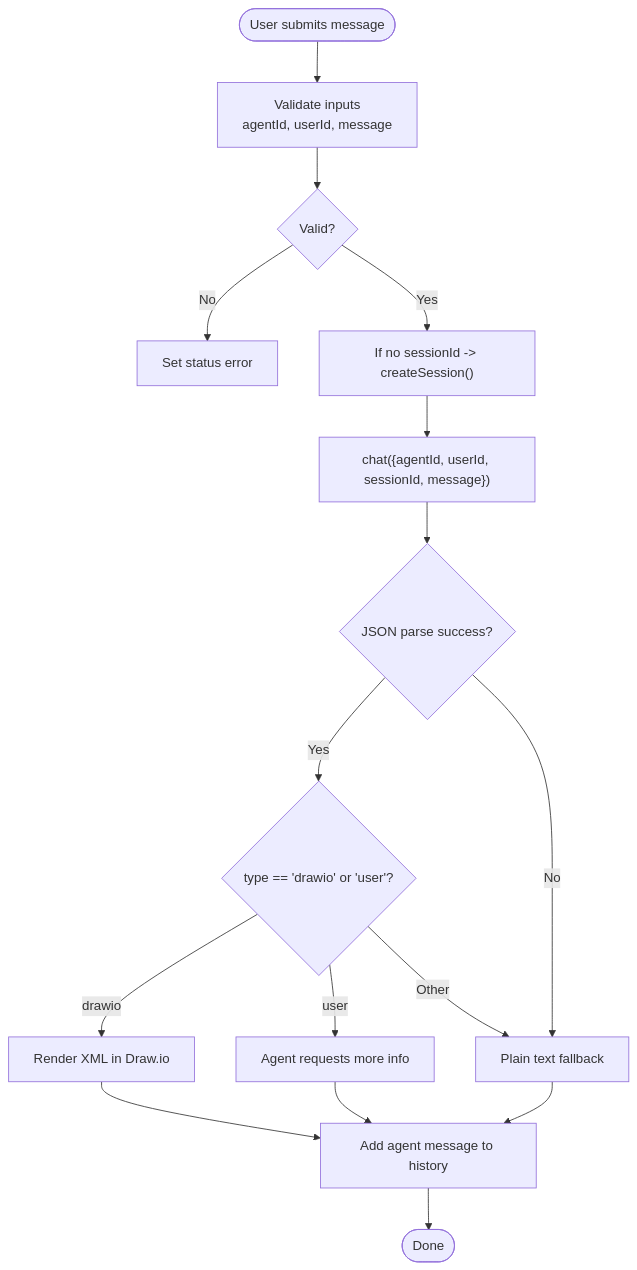
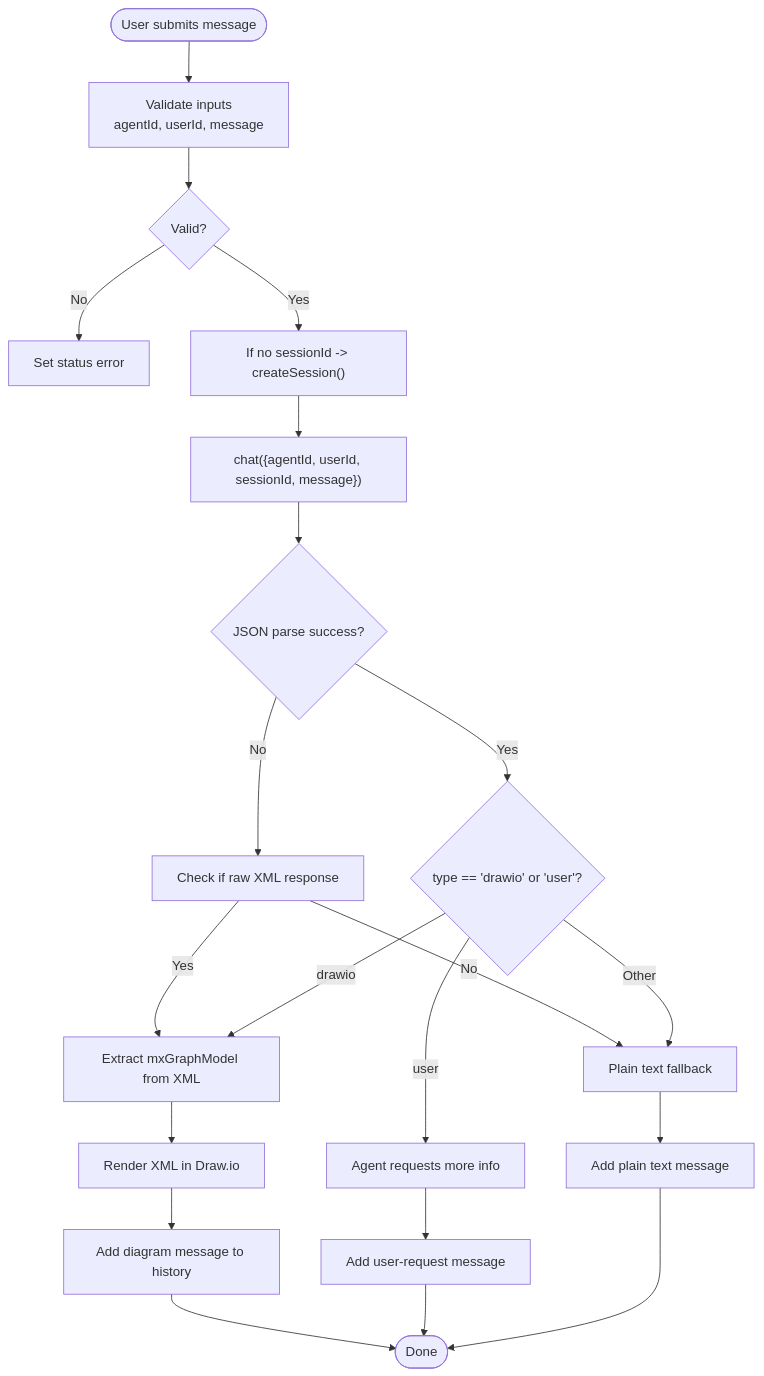
Before and after one commit to shrekboss/agent-draw-io-front: the sixth of 10 diagrams in .qoder/repowiki/en/content/AI Agent Integration.md, drawn with Mermaid. The commit also changed other lines of this file and 13 other files, not shown here.

Commit message:
feat(agent-draw-io-front): 优化交互式画图

````diff
--- a/.qoder/repowiki/en/content/AI Agent Integration.md
+++ b/.qoder/repowiki/en/content/AI Agent Integration.md
@@ -266,18 +276,23 @@
 ```mermaid
 flowchart TD
 Start(["User submits message"]) --> Validate["Validate inputs<br/>agentId, userId, message"]
 Validate --> Valid{"Valid?"}
 Valid --> |No| ShowError["Set status error"]
 Valid --> |Yes| CreateSession["If no sessionId -> createSession()"]
 CreateSession --> SendChat["chat({agentId, userId, sessionId, message})"]
 SendChat --> ParseResp{"JSON parse success?"}
 ParseResp --> |Yes| TypeCheck{"type == 'drawio' or 'user'?"}
-ParseResp --> |No| PlainText["Plain text fallback"]
-TypeCheck --> |drawio| RenderDiagram["Render XML in Draw.io"]
+ParseResp --> |No| RawXmlCheck["Check if raw XML response"]
+RawXmlCheck --> |Yes| ExtractXml["Extract mxGraphModel from XML"]
+RawXmlCheck --> |No| PlainText["Plain text fallback"]
+TypeCheck --> |drawio| ExtractXml
 TypeCheck --> |user| AskUser["Agent requests more info"]
 TypeCheck --> |Other| PlainText
-RenderDiagram --> AddMsg["Add agent message to history"]
-AskUser --> AddMsg
-PlainText --> AddMsg
-AddMsg --> Done(["Done"])
+ExtractXml --> RenderDiagram["Render XML in Draw.io"]
+AskUser --> AddUserMsg["Add user-request message"]
+RenderDiagram --> AddDiagramMsg["Add diagram message to history"]
+PlainText --> AddPlainMsg["Add plain text message"]
+AddDiagramMsg --> Done(["Done"])
+AddUserMsg --> Done
+AddPlainMsg --> Done
 ```
````
